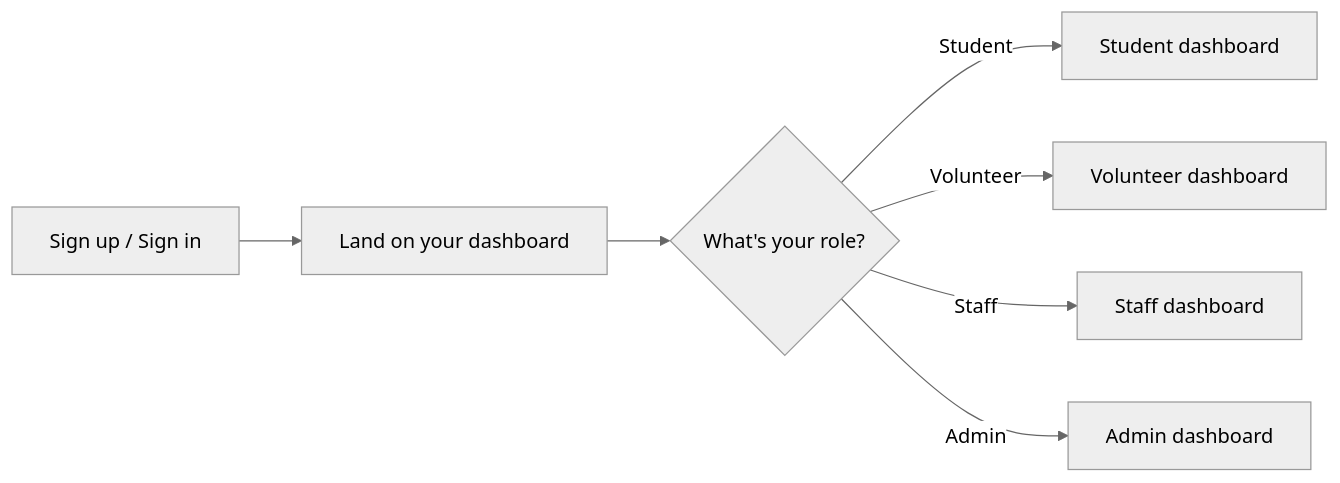
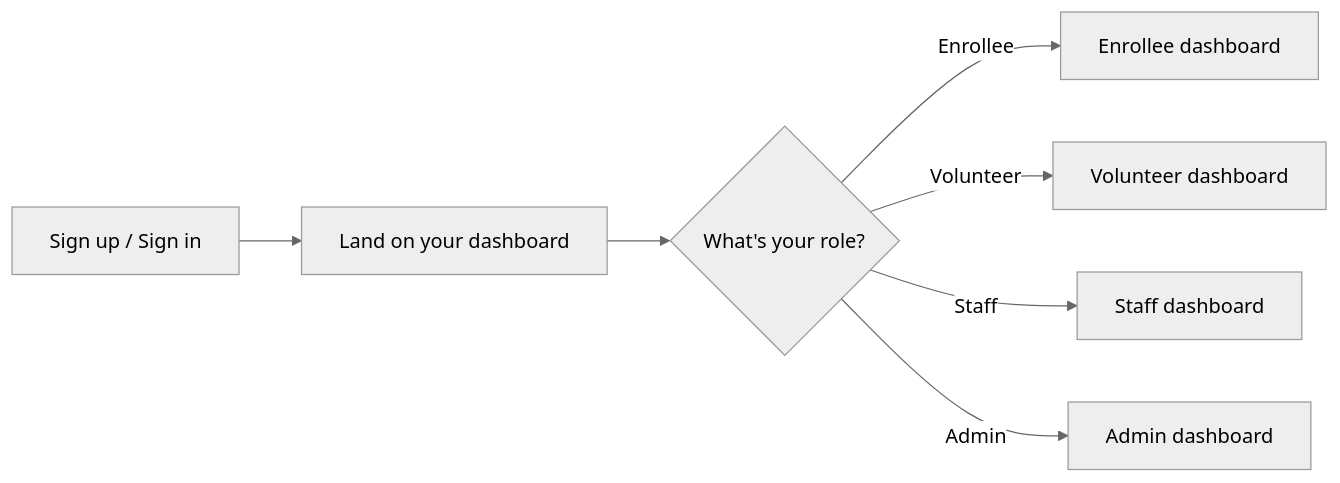
The first of 6 diagrams in PLATFORM_GUIDE.md (ashutoshswamy/gyansetu), drawn with Mermaid (neutral theme) before and after one commit. The commit also changed other lines of this file and 3 other files, not shown here.

````diff
--- a/PLATFORM_GUIDE.md
+++ b/PLATFORM_GUIDE.md
@@ -17,9 +17,9 @@
 ```mermaid
 flowchart LR
     A[Sign up / Sign in] --> B[Land on your dashboard]
     B --> C{What's your role?}
-    C -->|Student| D[Student dashboard]
+    C -->|Enrollee| D[Enrollee dashboard]
     C -->|Volunteer| E[Volunteer dashboard]
     C -->|Staff| F[Staff dashboard]
     C -->|Admin| G[Admin dashboard]
 ```
````
